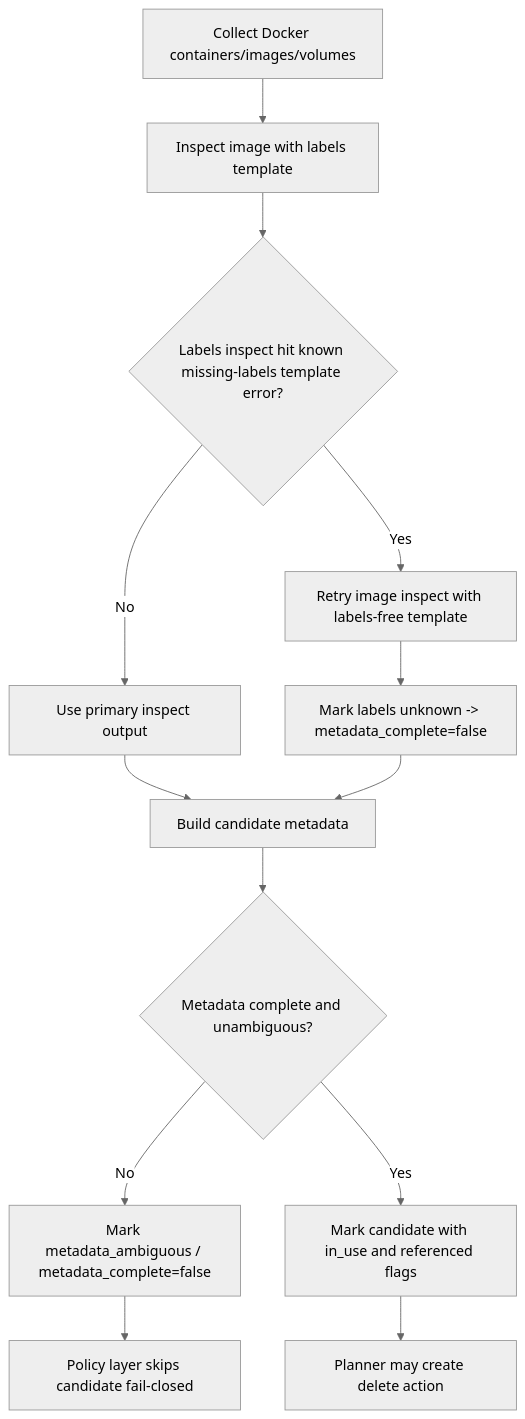
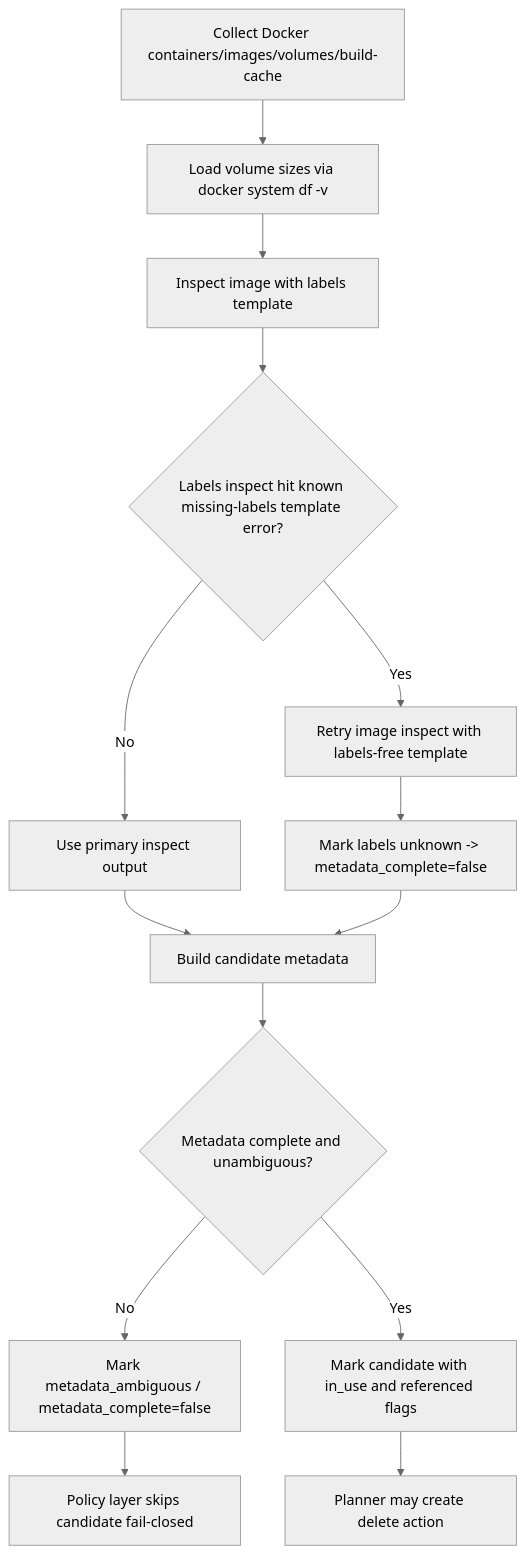
Before and after one commit to vivekvedant/prune-guard: the first of 2 diagrams in flowcharts/docker-backend.md, drawn with Mermaid (neutral theme). The commit also changed other lines of this file and 10 other files, not shown here.

Commit message:
feature(cleanup): add build-cache cleanup and size-aware discovery

````diff
--- a/flowcharts/docker-backend.md
+++ b/flowcharts/docker-backend.md
@@ -7,15 +7,16 @@
 ```mermaid
 flowchart TD
-    A[Collect Docker containers/images/volumes] --> B[Inspect image with labels template]
+    A[Collect Docker containers/images/volumes/build-cache] --> A1[Load volume sizes via docker system df -v]
+    A1 --> B[Inspect image with labels template]
     B --> C{Labels inspect hit known missing-labels template error?}
     C -- Yes --> D[Retry image inspect with labels-free template]
     C -- No --> E[Use primary inspect output]
     D --> F[Mark labels unknown -> metadata_complete=false]
     E --> G[Build candidate metadata]
     F --> G
     G --> H{Metadata complete and unambiguous?}
     H -- No --> I[Mark metadata_ambiguous / metadata_complete=false]
     H -- Yes --> J[Mark candidate with in_use and referenced flags]
     I --> K[Policy layer skips candidate fail-closed]
     J --> L[Planner may create delete action]
 ```
````
